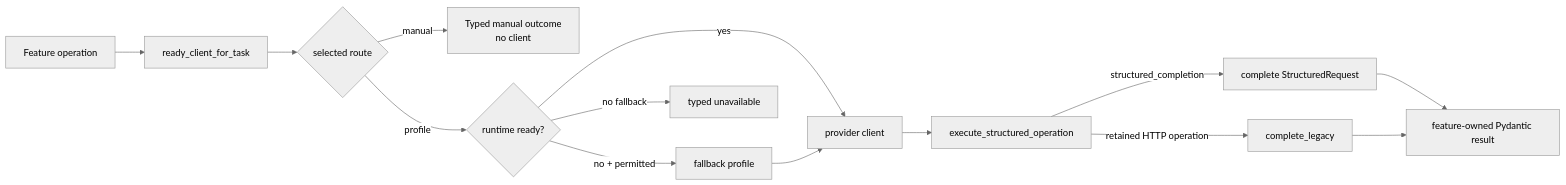
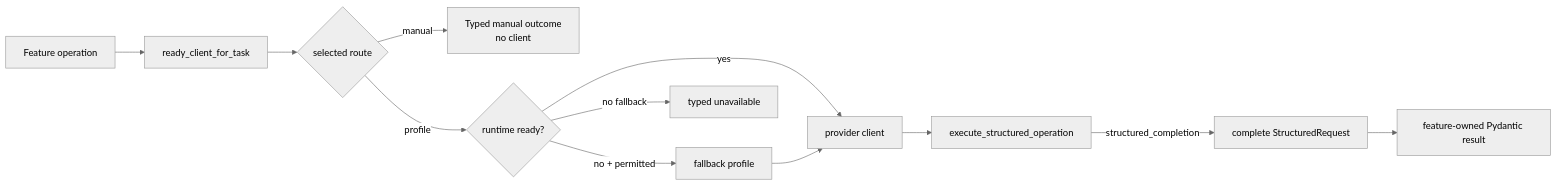
Before and after one commit to 6up-b/learnanything: the diagram in docs/learnloop-architecture-vault/Architecture/AI Architecture.md, drawn with Mermaid (neutral theme). The commit also changed other lines of this file and 8 other files, not shown here.

````diff
--- a/docs/learnloop-architecture-vault/Architecture/AI Architecture.md
+++ b/docs/learnloop-architecture-vault/Architecture/AI Architecture.md
@@ -31,16 +32,14 @@
 ```mermaid
 flowchart LR
     F[Feature operation] --> R[ready_client_for_task]
     R --> S{selected route}
     S -->|manual| M[Typed manual outcome<br/>no client]
     S -->|profile| C{runtime ready?}
     C -->|yes| P[provider client]
     C -->|no + permitted| B[fallback profile]
     C -->|no fallback| U[typed unavailable]
     B --> P
     P --> X[execute_structured_operation]
     X -->|structured_completion| SC[complete StructuredRequest]
-    X -->|retained HTTP operation| LH[complete_legacy]
     SC --> V[feature-owned Pydantic result]
-    LH --> V
 ```
````
